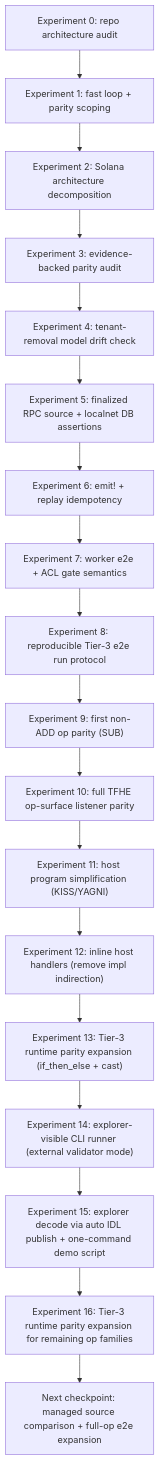
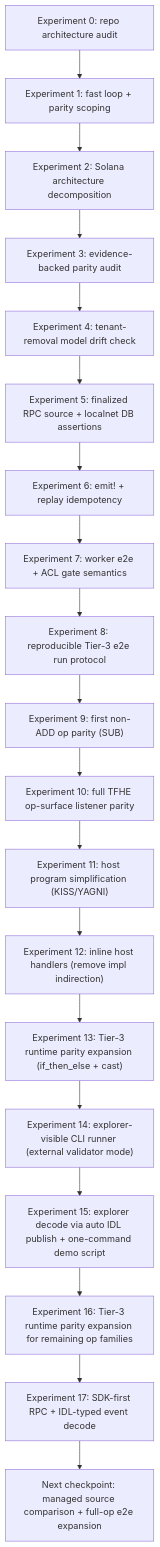
One commit to zama-ai/fhevm changed the diagram in docs/protocol/explorations/solana-host-listener/LEARNING.md. Above: the diagram before and after it, drawn with Mermaid. The commit also changed other lines of this file and 5 other files, not shown here.

Commit message:
solana listener: switch to SDK-first poller and IDL-typed event decode

````diff
--- a/docs/protocol/explorations/solana-host-listener/LEARNING.md
+++ b/docs/protocol/explorations/solana-host-listener/LEARNING.md
@@ -16,20 +16,21 @@
 ```mermaid
 flowchart TD
   E0["Experiment 0: repo architecture audit"] --> E1["Experiment 1: fast loop + parity scoping"]
   E1 --> E2["Experiment 2: Solana architecture decomposition"]
   E2 --> E3["Experiment 3: evidence-backed parity audit"]
   E3 --> E4["Experiment 4: tenant-removal model drift check"]
   E4 --> E5["Experiment 5: finalized RPC source + localnet DB assertions"]
   E5 --> E6["Experiment 6: emit! + replay idempotency"]
   E6 --> E7["Experiment 7: worker e2e + ACL gate semantics"]
   E7 --> E8["Experiment 8: reproducible Tier-3 e2e run protocol"]
   E8 --> E9["Experiment 9: first non-ADD op parity (SUB)"]
   E9 --> E10["Experiment 10: full TFHE op-surface listener parity"]
   E10 --> E11["Experiment 11: host program simplification (KISS/YAGNI)"]
   E11 --> E12["Experiment 12: inline host handlers (remove impl indirection)"]
   E12 --> E13["Experiment 13: Tier-3 runtime parity expansion (if_then_else + cast)"]
   E13 --> E14["Experiment 14: explorer-visible CLI runner (external validator mode)"]
   E14 --> E15["Experiment 15: explorer decode via auto IDL publish + one-command demo script"]
   E15 --> E16["Experiment 16: Tier-3 runtime parity expansion for remaining op families"]
-  E16 --> NX["Next checkpoint: managed source comparison + full-op e2e expansion"]
+  E16 --> E17["Experiment 17: SDK-first RPC + IDL-typed event decode"]
+  E17 --> NX["Next checkpoint: managed source comparison + full-op e2e expansion"]
 ```
````
